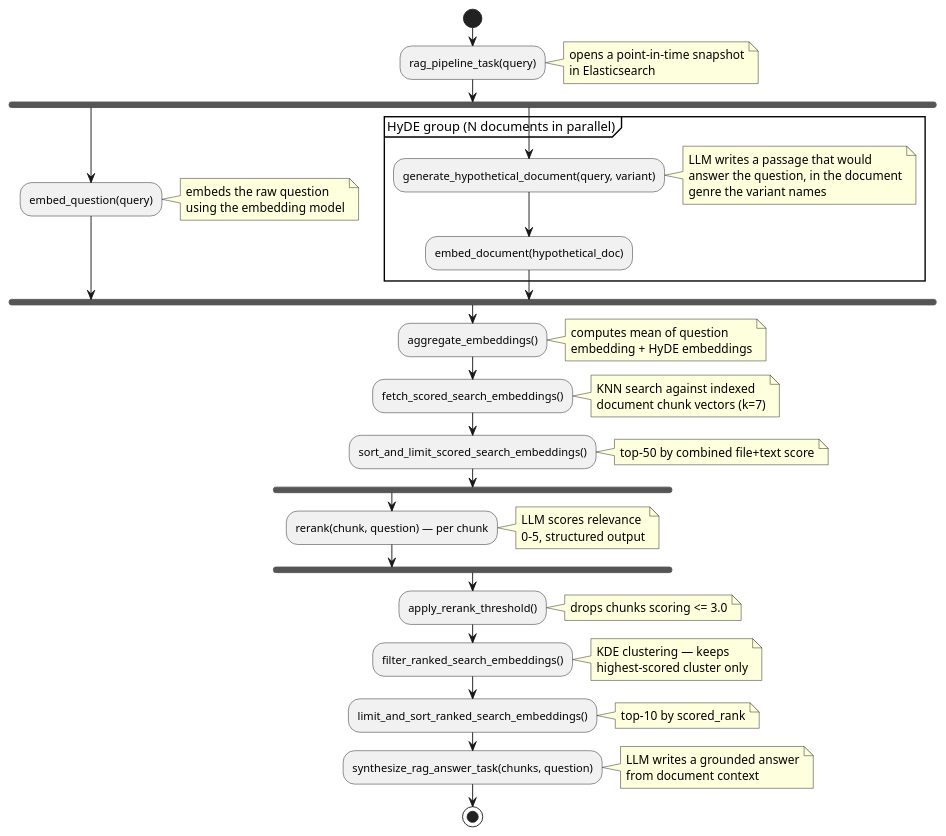
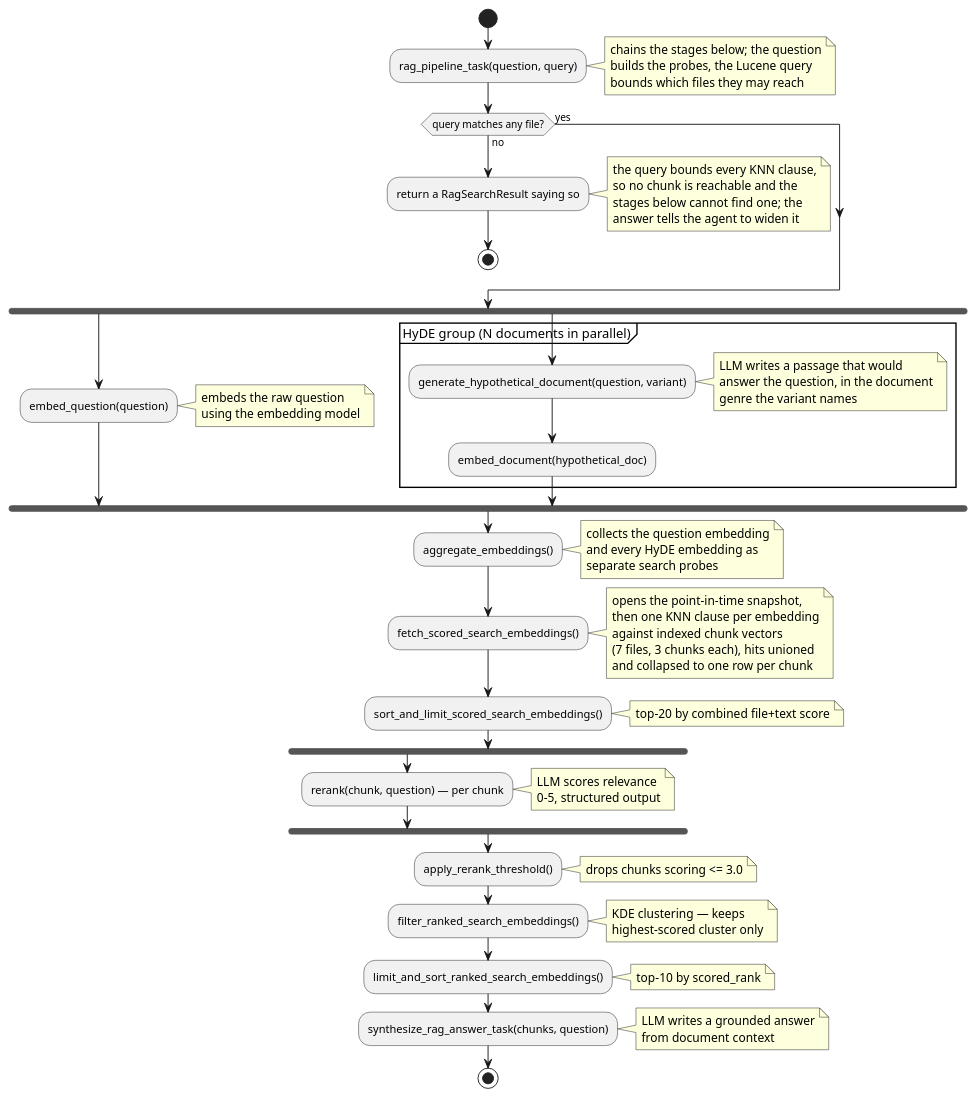
One commit to Swiss-Armed-Forces/Loom changed the fourth of 4 diagrams in Documentation/ai.md. Above: the diagram before and after it, drawn with PlantUML. The commit also changed other lines of this file and 8 other files, not shown here.

First line of the commit message:
feat(worker): search with every hypothetical document embedding

````diff
--- a/Documentation/ai.md
+++ b/Documentation/ai.md
@@ -771,47 +771,54 @@
 ```plantuml
 @startuml
 start
 
-:rag_pipeline_task(query);
-note right: opens a point-in-time snapshot\nin Elasticsearch
+:rag_pipeline_task(question, query);
+note right: chains the stages below; the question\nbuilds the probes, the Lucene query\nbounds which files they may reach
+
+if (query matches any file?) then (no)
+  :return a RagSearchResult saying so;
+  note right: the query bounds every KNN clause,\nso no chunk is reachable and the\nstages below cannot find one; the\nanswer tells the agent to widen it
+  stop
+else (yes)
+endif
 
 fork
-  :embed_question(query);
+  :embed_question(question);
   note right: embeds the raw question\nusing the embedding model
 fork again
   group HyDE group (N documents in parallel) {
-    :generate_hypothetical_document(query, variant);
+    :generate_hypothetical_document(question, variant);
     note right: LLM writes a passage that would\nanswer the question, in the document\ngenre the variant names
     :embed_document(hypothetical_doc);
   }
 end fork
 
 :aggregate_embeddings();
-note right: computes mean of question\nembedding + HyDE embeddings
+note right: collects the question embedding\nand every HyDE embedding as\nseparate search probes
 
 :fetch_scored_search_embeddings();
-note right: KNN search against indexed\ndocument chunk vectors (k=7)
+note right: opens the point-in-time snapshot,\nthen one KNN clause per embedding\nagainst indexed chunk vectors\n(7 files, 3 chunks each), hits unioned\nand collapsed to one row per chunk
 
 :sort_and_limit_scored_search_embeddings();
-note right: top-50 by combined file+text score
+note right: top-20 by combined file+text score
 
 fork
   :rerank(chunk, question) — per chunk;
   note right: LLM scores relevance\n0–5, structured output
 end fork
 
 :apply_rerank_threshold();
 note right: drops chunks scoring <= 3.0
 
 :filter_ranked_search_embeddings();
 note right: KDE clustering — keeps\nhighest-scored cluster only
 
 :limit_and_sort_ranked_search_embeddings();
 note right: top-10 by scored_rank
 
 :synthesize_rag_answer_task(chunks, question);
 note right: LLM writes a grounded answer\nfrom document context
 
 stop
 @enduml
 ```
````
